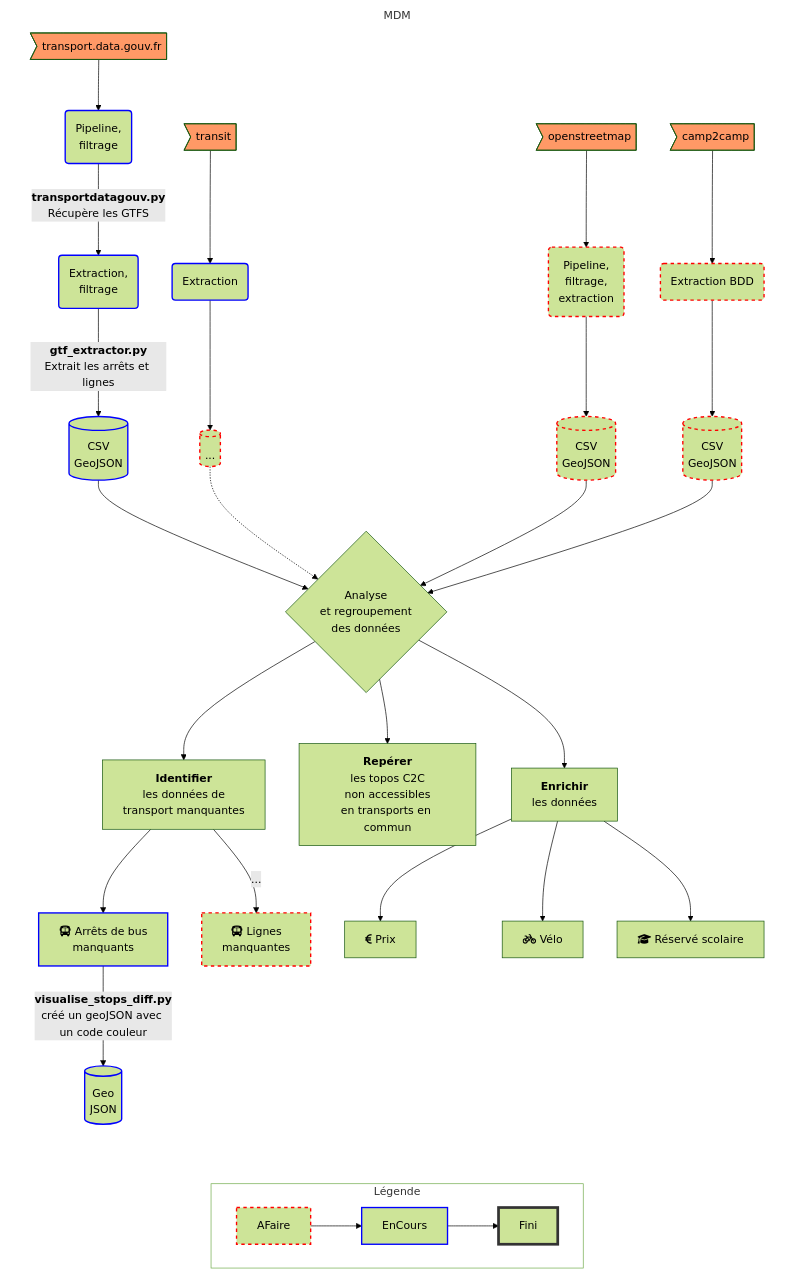
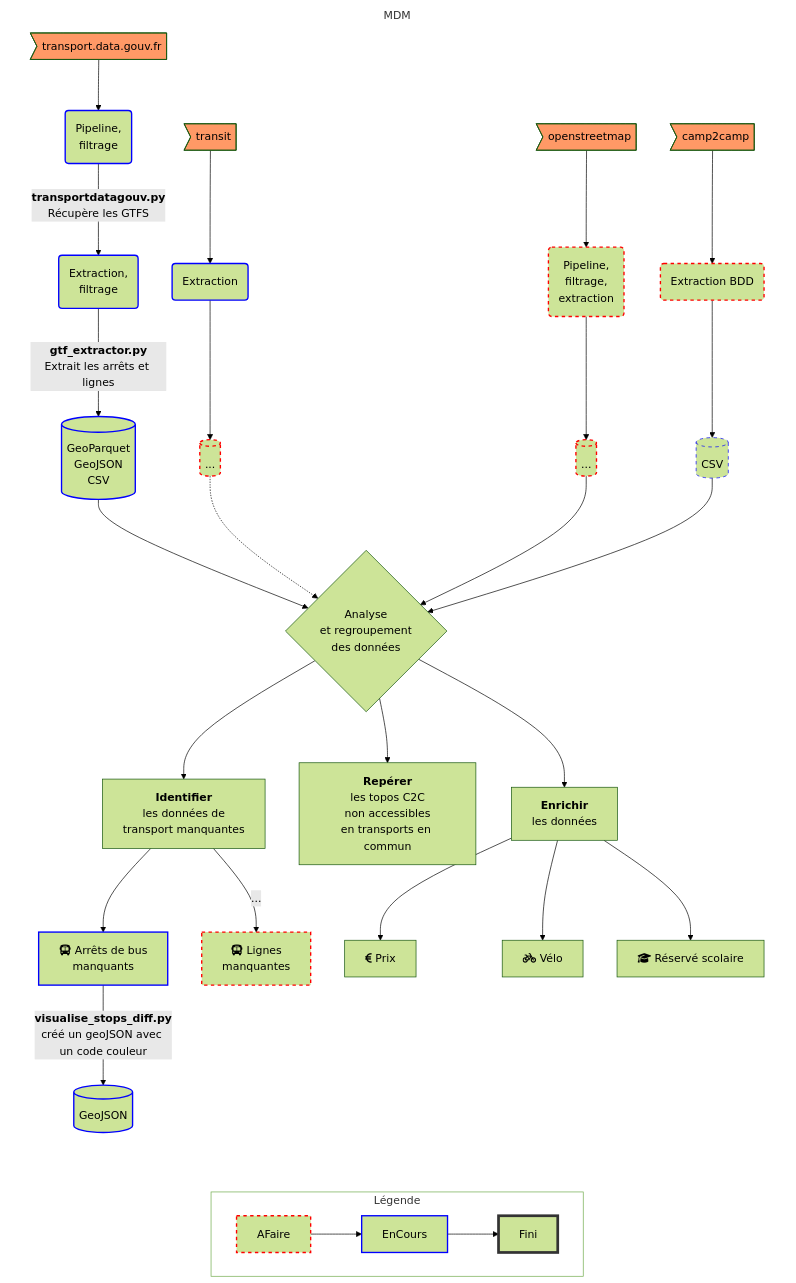
Before and after one commit to lsorba/mobilite_durable: the diagram in doc/process.mermaid, drawn with Mermaid. The commit also changed 6 other files, not shown here.

```diff
--- a/doc/process.mermaid
+++ b/doc/process.mermaid
@@ -1,92 +1,90 @@
 ---
 config:
   theme: 'forest'
 ---
 flowchart TD
     subgraph MDM
         direction TB
         SOURCE_TDG>transport.data.gouv.fr] --> PF_TDG("`Pipeline,
                     filtrage`")
         PF_TDG -->|"`__transportdatagouv.py__
                     Récupère les GTFS`"| FE_TDG("`Extraction,
                     filtrage`")
         SOURCE_TRANSIT>transit] --> PFE_TRANSIT("`Extraction`")
         SOURCE_OSM>openstreetmap] --> PFE_OSM("`Pipeline,
                     filtrage,
                     extraction`")
         SOURCE_C2C>camp2camp] --> PFE_C2C("`Extraction BDD`")
 
 
 
         FE_TDG -->|"`__gtf_extractor.py__
-                    Extrait les arrêts et lignes`"| EXPORT_TDG[("`CSV
-                    GeoJSON`")]
+                    Extrait les arrêts et lignes`"| EXPORT_TDG[("`GeoParquet
+                    GeoJSON
+                    CSV`")]
         PFE_TRANSIT --> EXPORT_TRANSIT[("`...`")]
-        PFE_OSM --> EXPORT_OSM[("`CSV
-                    GeoJSON`")]
-        PFE_C2C --> EXPORT_C2C[("`CSV
-                    GeoJSON`")]
+        PFE_OSM --> EXPORT_OSM[("`...`")]
+        PFE_C2C --> EXPORT_C2C[("`CSV`")]
         EXPORT_TDG --> ANALYSE{"`Analyse
                     et regroupement
                     des données`"}
         EXPORT_TRANSIT -.-> ANALYSE
         EXPORT_OSM --> ANALYSE
         EXPORT_C2C --> ANALYSE
 
 
         ANALYSE --> IDENTIFIER["`**Identifier**
                     les données de
                     transport manquantes`"]
         ANALYSE --> REPERER["`**Repérer**
                     les topos C2C
                     non accessibles
                     en transports en commun`"]
         ANALYSE --> ENRICHIR["`**Enrichir**
                     les données`"]
         IDENTIFIER --> ARRETS_MANQUANTS["`fa:fa-bus Arrêts de bus
                     manquants`"]
         IDENTIFIER -->|...| LIGNES_MANQUANTES["`fa:fa-bus Lignes
                     manquantes`"]
         ARRETS_MANQUANTS -->|"`__visualise_stops_diff.py__
-                créé un geoJSON avec un code couleur`"| DIFF[("`Geo
-                    JSON`")]
+                créé un geoJSON avec un code couleur`"| DIFF[("`GeoJSON`")]
         ENRICHIR --> PRIX[fa:fa-eur Prix]
         ENRICHIR --> VELO[fa:fa-bicycle Vélo]
         ENRICHIR --> SPECIAUX[fa:fa-graduation-cap  Réservé scolaire]
 
     %% Styling
         style MDM fill:#fff,stroke:#fff
         style SOURCE_TDG fill:#f96
         style SOURCE_OSM fill:#f96
         style SOURCE_C2C fill:#f96
         style SOURCE_TRANSIT fill:#f96
 
     %% TODO
         style PFE_OSM stroke:#f00,stroke-width:2px,stroke-dasharray: 5 5
         style PFE_C2C stroke:#f00,stroke-width:2px,stroke-dasharray: 5 5
         style LIGNES_MANQUANTES stroke:#f00,stroke-width:2px,stroke-dasharray: 5 5
         style EXPORT_OSM stroke:#f00,stroke-width:2px,stroke-dasharray: 5 5
         style EXPORT_C2C stroke:#f00,stroke-width:2px,stroke-dasharray: 5 5
-        style EXPORT_C2C stroke:#f00,stroke-width:2px,stroke-dasharray: 5 5
         style EXPORT_TRANSIT stroke:#f00,stroke-width:2px,stroke-dasharray: 5 5
     %% In progress
         style PF_TDG stroke:#00f,stroke-width:2px
         style FE_TDG stroke:#00f,stroke-width:2px
         style EXPORT_TDG stroke:#00f,stroke-width:2px
+        style EXPORT_C2C stroke:#00f,stroke-width:
         style ARRETS_MANQUANTS stroke:#00f,stroke-width:2px
         style DIFF stroke:#00f,stroke-width:2px
         style PFE_TRANSIT stroke:#00f,stroke-width:2px
     %% DONE
         %% style PF_TDG fill:#0d0,stroke:#333,stroke-width:4px
     end
 
     subgraph Légende
         direction LR
         style Légende fill:#fff
         AFaire --> EnCours --> Fini
         style AFaire stroke:#f00,stroke-width:2px,stroke-dasharray: 5 5
         style EnCours stroke:#00f,stroke-width:2px
         style Fini stroke:#333,stroke-width:4px
     end
 
     MDM ~~~ Légende
```
